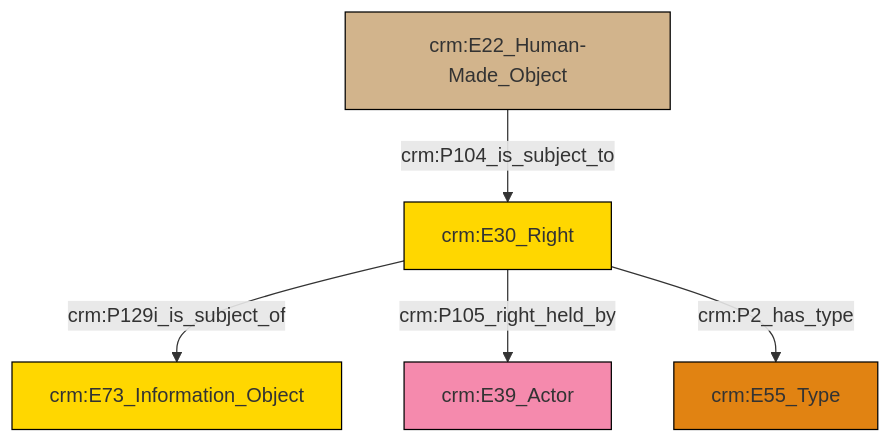
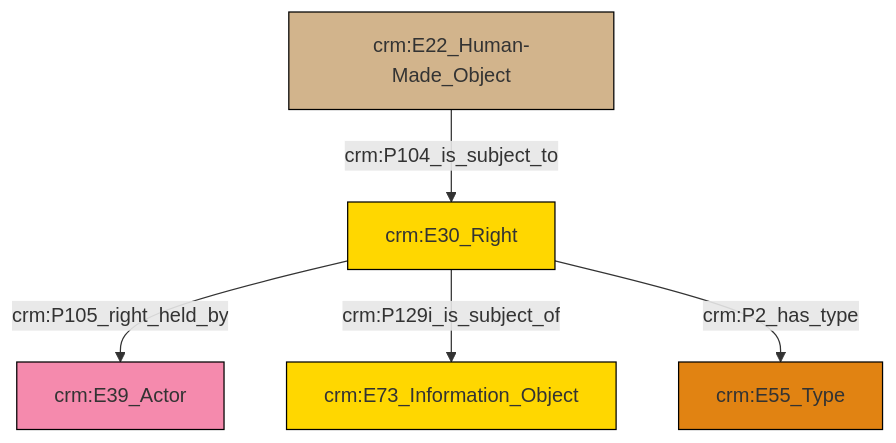
The diagram in et/carrierCSV/ttl/mmd/carrier_rights.ttl.mmd (swiss-art-research-net/docs.swissartresearch), drawn with Mermaid before and after one commit. The commit also changed 183 other files, not shown here.

```diff
--- a/et/carrierCSV/ttl/mmd/carrier_rights.ttl.mmd
+++ b/et/carrierCSV/ttl/mmd/carrier_rights.ttl.mmd
@@ -1,19 +1,19 @@
 graph TD
 classDef Literal fill:#f2f2f2,stroke:#000000;
 classDef CRM_Entity fill:#FFFFFF,stroke:#000000;
 classDef Temporal_Entity fill:#00C9E6, stroke:#000000;
 classDef Type fill:#E18312, stroke:#000000;
 classDef Time-Span fill:#2C9C91, stroke:#000000;
 classDef Appellation fill:#FFEB7F, stroke:#000000;
 classDef Place fill:#008836, stroke:#000000;
 classDef Persistent_Item fill:#B266B2, stroke:#000000;
 classDef Conceptual_Object fill:#FFD700, stroke:#000000;
 classDef Physical_Thing fill:#D2B48C, stroke:#000000;
 classDef Actor fill:#f58aad, stroke:#000000;
 classDef PC_Classes fill:#4ce600, stroke:#000000;
 classDef Multi fill:#cccccc,stroke:#000000;
 
-6["crm:E22_Human-Made_Object"]:::Physical_Thing -->|crm:P104_is_subject_to| 7["crm:E30_Right"]:::Conceptual_Object
-7["crm:E30_Right"]:::Conceptual_Object -->|crm:P129i_is_subject_of| 4["crm:E73_Information_Object"]:::Conceptual_Object
-7["crm:E30_Right"]:::Conceptual_Object -->|crm:P105_right_held_by| 0["crm:E39_Actor"]:::Actor
-7["crm:E30_Right"]:::Conceptual_Object -->|crm:P2_has_type| 2["crm:E55_Type"]:::Type
+0["crm:E30_Right"]:::Conceptual_Object -->|crm:P105_right_held_by| 1["crm:E39_Actor"]:::Actor
+0["crm:E30_Right"]:::Conceptual_Object -->|crm:P129i_is_subject_of| 2["crm:E73_Information_Object"]:::Conceptual_Object
+0["crm:E30_Right"]:::Conceptual_Object -->|crm:P2_has_type| 3["crm:E55_Type"]:::Type
+7["crm:E22_Human-Made_Object"]:::Physical_Thing -->|crm:P104_is_subject_to| 0["crm:E30_Right"]:::Conceptual_Object
```
